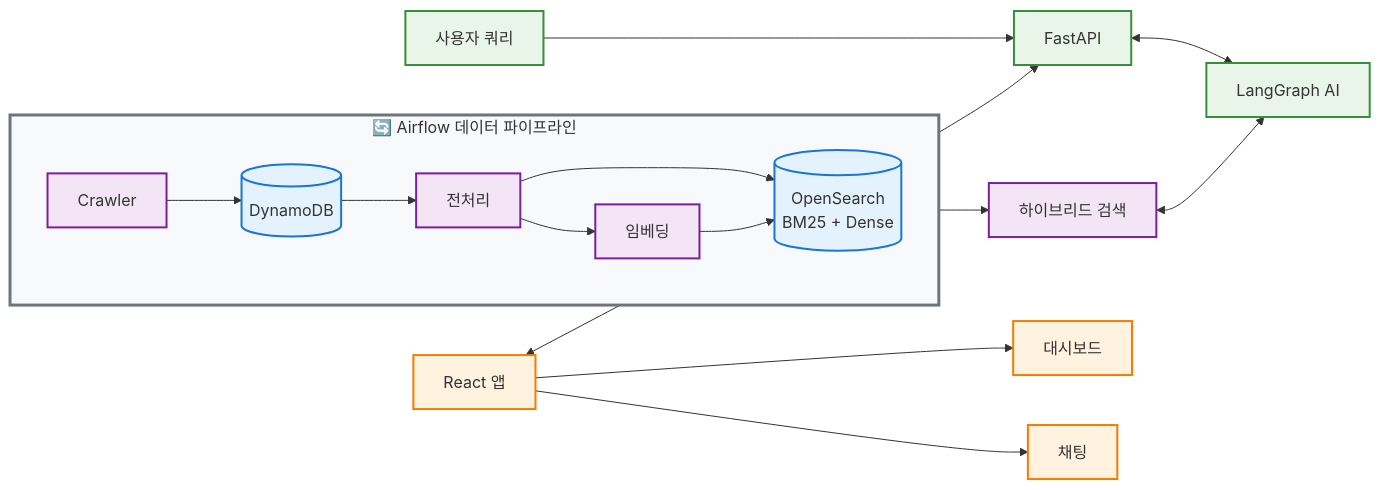
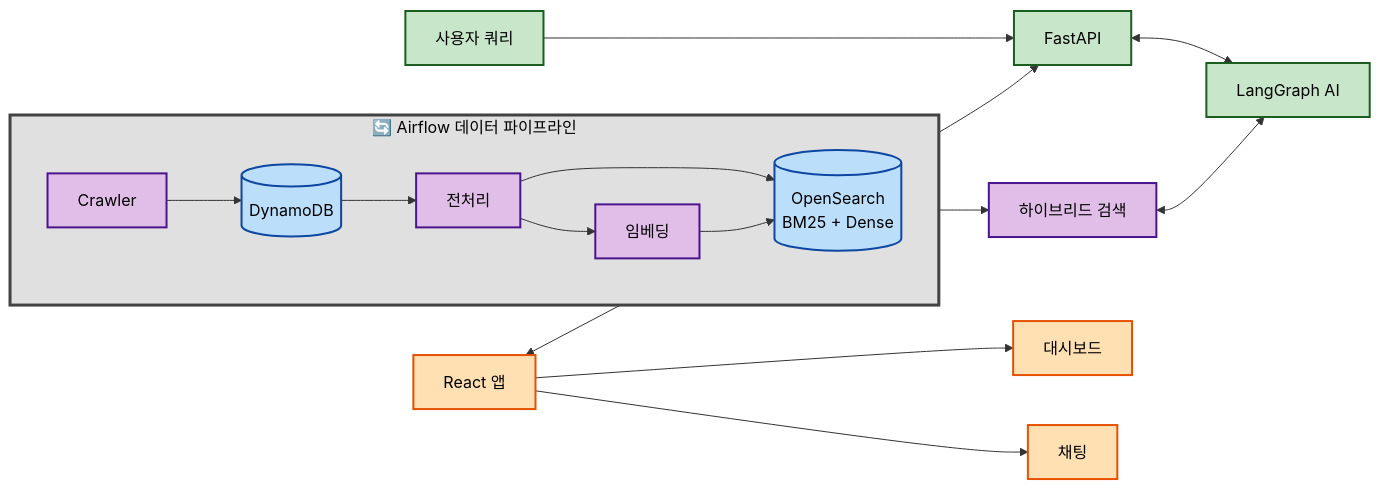
Before and after one commit to statjhw/MangMangDae-AI: the diagram in README.md, drawn with Mermaid.

````diff
--- a/README.md
+++ b/README.md
@@ -70,33 +70,33 @@
 ```mermaid
 graph LR
     %% Airflow 데이터 파이프라인
     subgraph Airflow["🔄 Airflow 데이터 파이프라인"]
         direction LR
         B[Crawler] --> C[(DynamoDB)]
         C --> D[전처리] --> E[임베딩]
         D --> F[(OpenSearch<br/>BM25 + Dense)]
         E --> F
     end
     
     %% 검색 및 AI
     G[사용자 쿼리] --> H[FastAPI] <--> J[LangGraph AI]
     F --> I[하이브리드 검색] <--> J
     
     %% 프론트엔드
     L[React 앱] <--> H
     L --> M[대시보드]
     L --> N[채팅]
     
     %% 스타일링
-    classDef db fill:#e3f2fd,stroke:#1976d2,stroke-width:2px
-    classDef process fill:#f3e5f5,stroke:#7b1fa2,stroke-width:2px
-    classDef ai fill:#e8f5e8,stroke:#388e3c,stroke-width:2px
-    classDef ui fill:#fff3e0,stroke:#f57c00,stroke-width:2px
-    classDef pipeline fill:#f8f9fa,stroke:#6c757d,stroke-width:3px
+    classDef db fill:#bbdefb,stroke:#0d47a1,stroke-width:2px,color:#000000
+    classDef process fill:#e1bee7,stroke:#4a148c,stroke-width:2px,color:#000000
+    classDef ai fill:#c8e6c9,stroke:#1b5e20,stroke-width:2px,color:#000000
+    classDef ui fill:#ffe0b2,stroke:#e65100,stroke-width:2px,color:#000000
+    classDef pipeline fill:#e0e0e0,stroke:#424242,stroke-width:3px,color:#000000
 
     class C,F db
     class B,D,E,I process
     class G,H,J ai
     class L,M,N ui
     class Airflow pipeline
 ```
````
